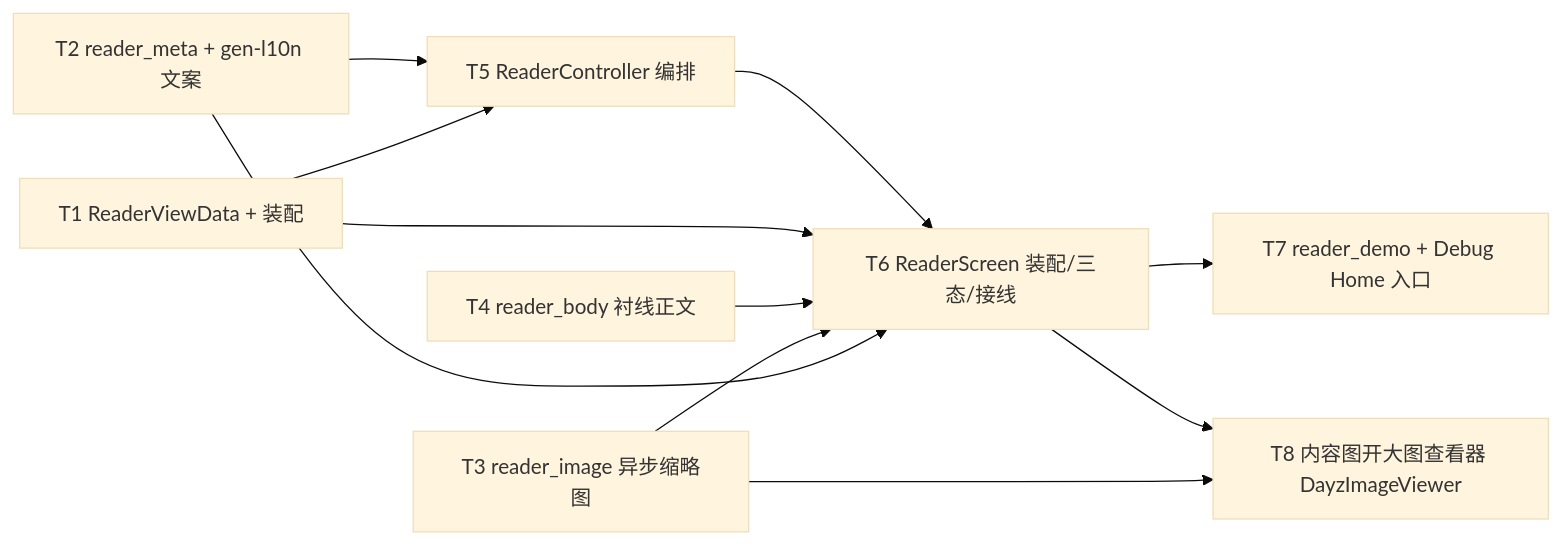
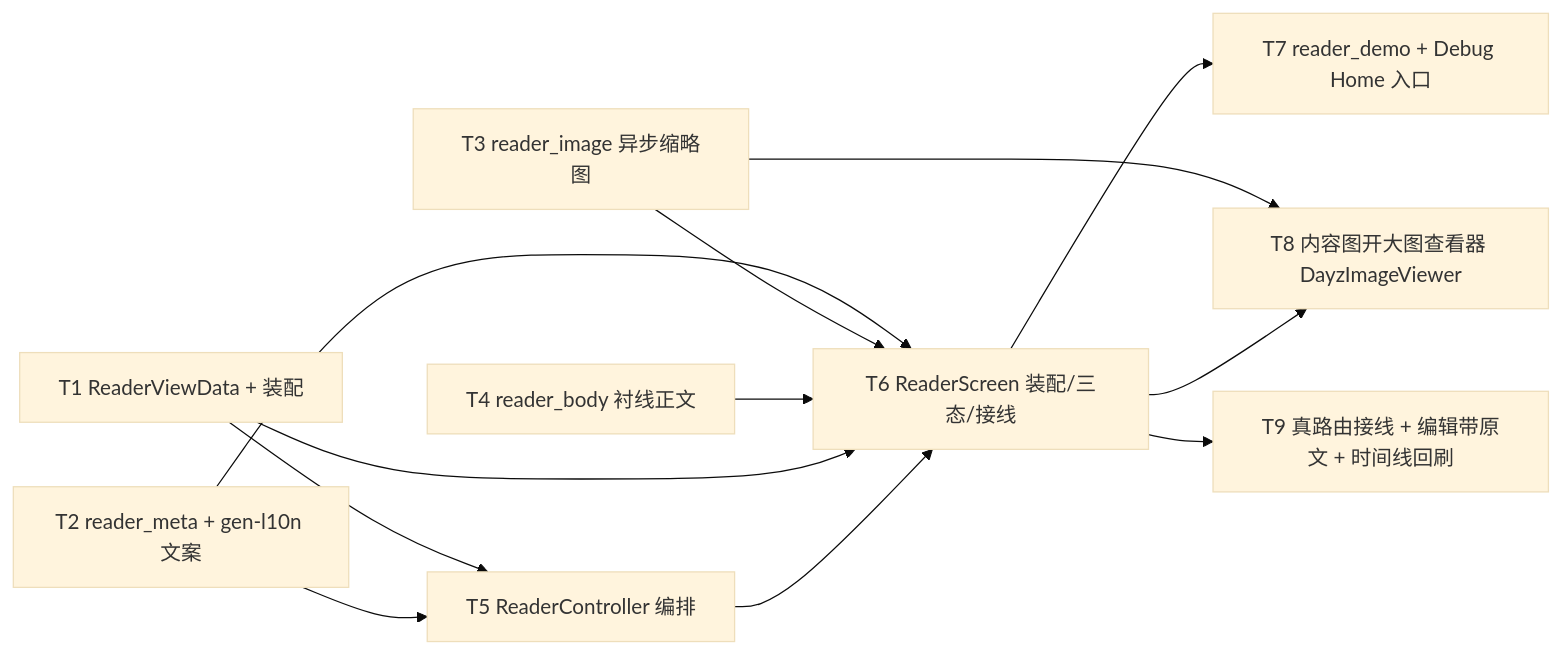
Before and after one commit to cr1992/DayZ: the diagram in specs/active/reader-screen/tasks.md, drawn with Mermaid (base theme). The commit also changed other lines of this file and 15 other files, not shown here.

````diff
--- a/specs/active/reader-screen/tasks.md
+++ b/specs/active/reader-screen/tasks.md
@@ -13,13 +13,14 @@
 ```mermaid
 graph LR
   T1[T1 ReaderViewData + 装配] --> T5[T5 ReaderController 编排]
   T2[T2 reader_meta + gen-l10n 文案] --> T6[T6 ReaderScreen 装配/三态/接线]
   T3[T3 reader_image 异步缩略图] --> T6
   T4[T4 reader_body 衬线正文] --> T6
   T1 --> T6
   T2 --> T5
   T5 --> T6
   T6 --> T7[T7 reader_demo + Debug Home 入口]
   T3 --> T8[T8 内容图开大图查看器 DayzImageViewer]
   T6 --> T8
+  T6 --> T9[T9 真路由接线 + 编辑带原文 + 时间线回刷]
 ```
````
